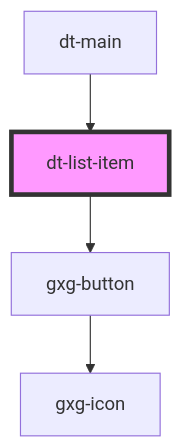
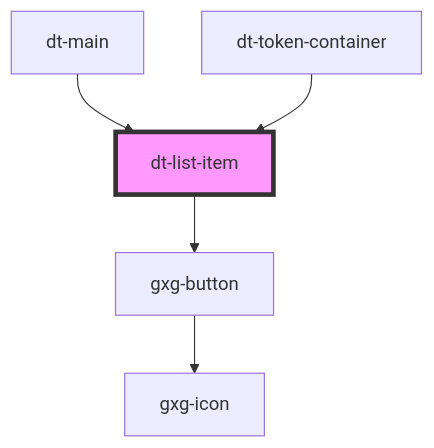
Before and after one commit to genexuslabs/design-tokens-editor: the diagram in src/components/list-item/readme.md, drawn with Mermaid. The commit also changed other lines of this file and 33 other files, not shown here.

Commit message:
finish token-container code

````diff
--- a/src/components/list-item/readme.md
+++ b/src/components/list-item/readme.md
@@ -48,7 +50,8 @@
 ```mermaid
 graph TD;
   dt-list-item --> gxg-button
   gxg-button --> gxg-icon
   dt-main --> dt-list-item
+  dt-token-container --> dt-list-item
   style dt-list-item fill:#f9f,stroke:#333,stroke-width:4px
 ```
````
